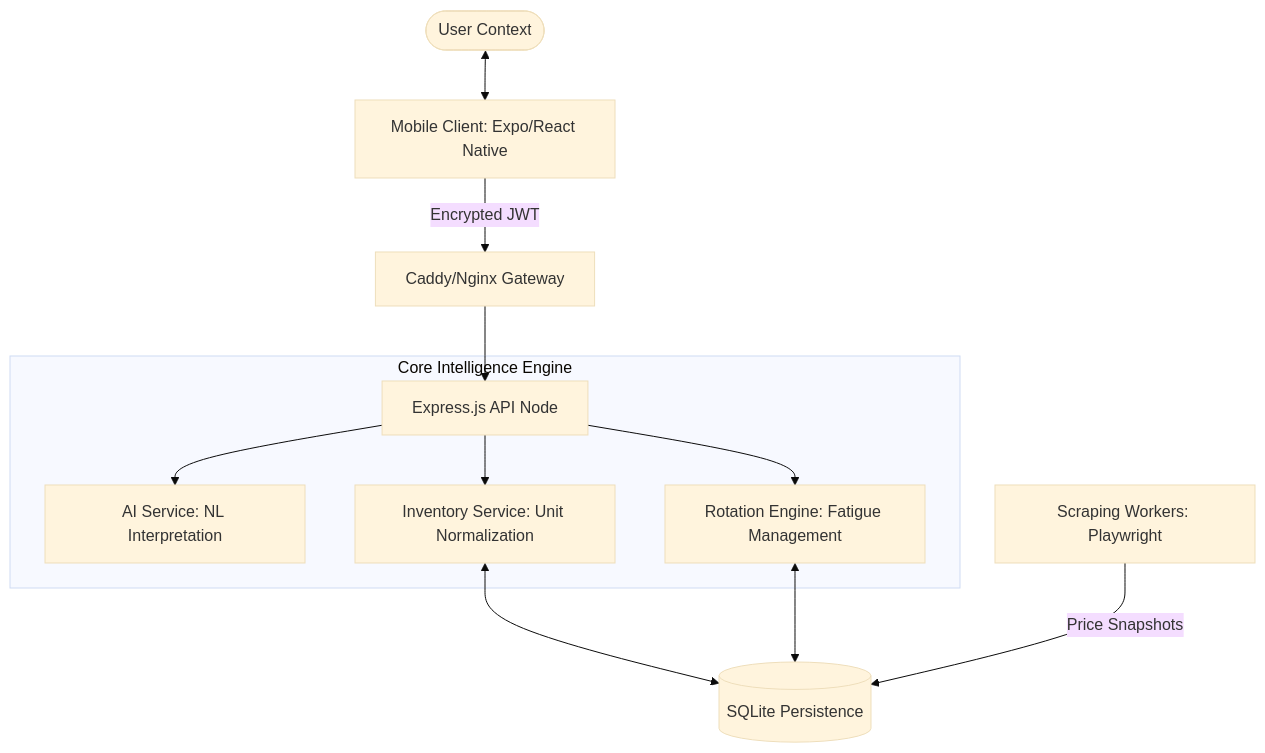
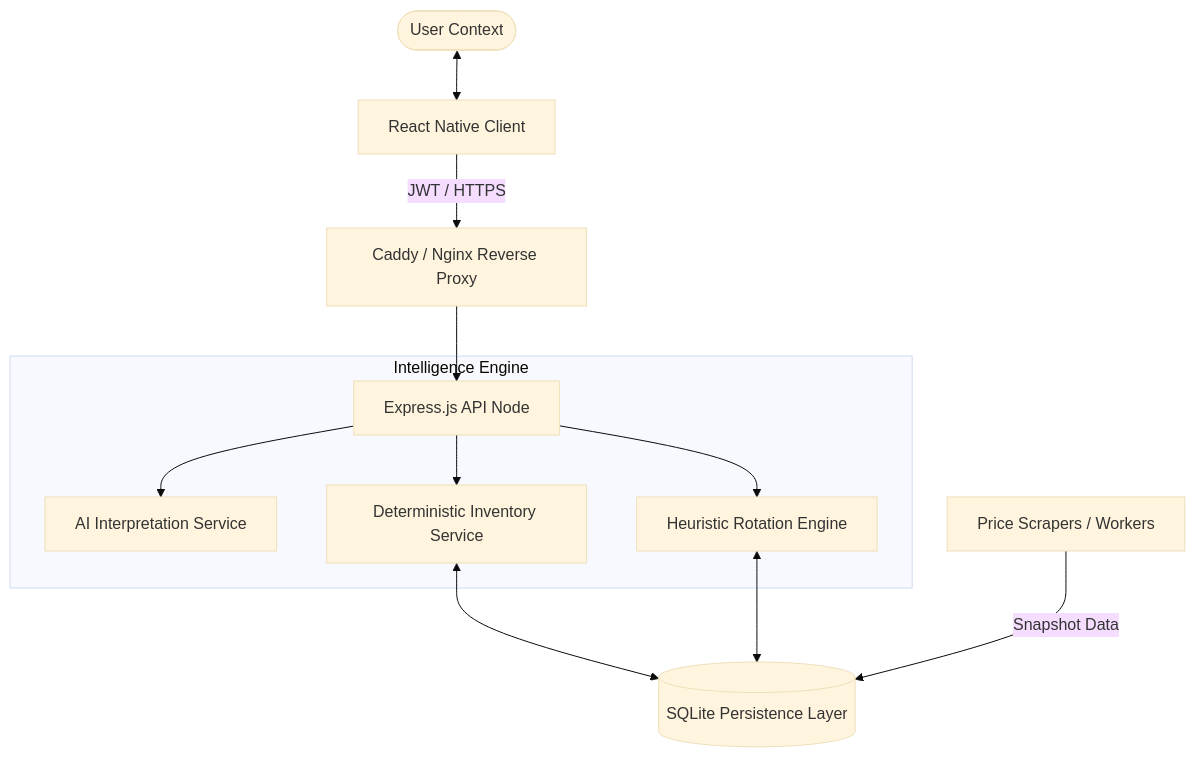
One commit to dylanmarriner/PantryPilot changed the diagram in README.md. Above: the diagram before and after it, drawn with Mermaid (base theme). The commit also changed other lines of this file and 2 other files, not shown here.

````diff
--- a/README.md
+++ b/README.md
@@ -19,23 +46,23 @@
 ```mermaid
 graph TD
-    %% Clients
-    User([User Context]) <--> Mobile[Mobile Client: Expo/React Native]
+    %% Client Layer
+    User([User Context]) <--> Mobile[React Native Client]
 
-    %% Gateway/Auth
-    Mobile -- "Encrypted JWT" --> Proxy[Caddy/Nginx Gateway]
-    Proxy --> Backend[Express.js API Node]
+    %% Infrastructure Layer
+    Mobile -- "JWT / HTTPS" --> Gateway[Caddy / Nginx Reverse Proxy]
+    Gateway --> API[Express.js API Node]
 
-    %% Logic Layers
-    subgraph "Core Intelligence Engine"
-        Backend --> AI[AI Service: NL Interpretation]
-        Backend --> Lunch[Rotation Engine: Fatigue Management]
-        Backend --> Inv[Inventory Service: Unit Normalization]
+    %% Core Logic
+    subgraph "Intelligence Engine"
+        API --> AIService[AI Interpretation Service]
+        API --> LunchEngine[Heuristic Rotation Engine]
+        API --> InvService[Deterministic Inventory Service]
     end
 
-    %% Persistence
-    Inv <--> DB[(SQLite Persistence)]
-    Lunch <--> DB
+    %% Storage
+    InvService <--> DB[(SQLite Persistence Layer)]
+    LunchEngine <--> DB
 
-    %% Background Workers
-    Workers[Scraping Workers: Playwright] -- "Price Snapshots" --> DB
+    %% Extensibility
+    Workers[Price Scrapers / Workers] -- "Snapshot Data" --> DB
 ```
````
